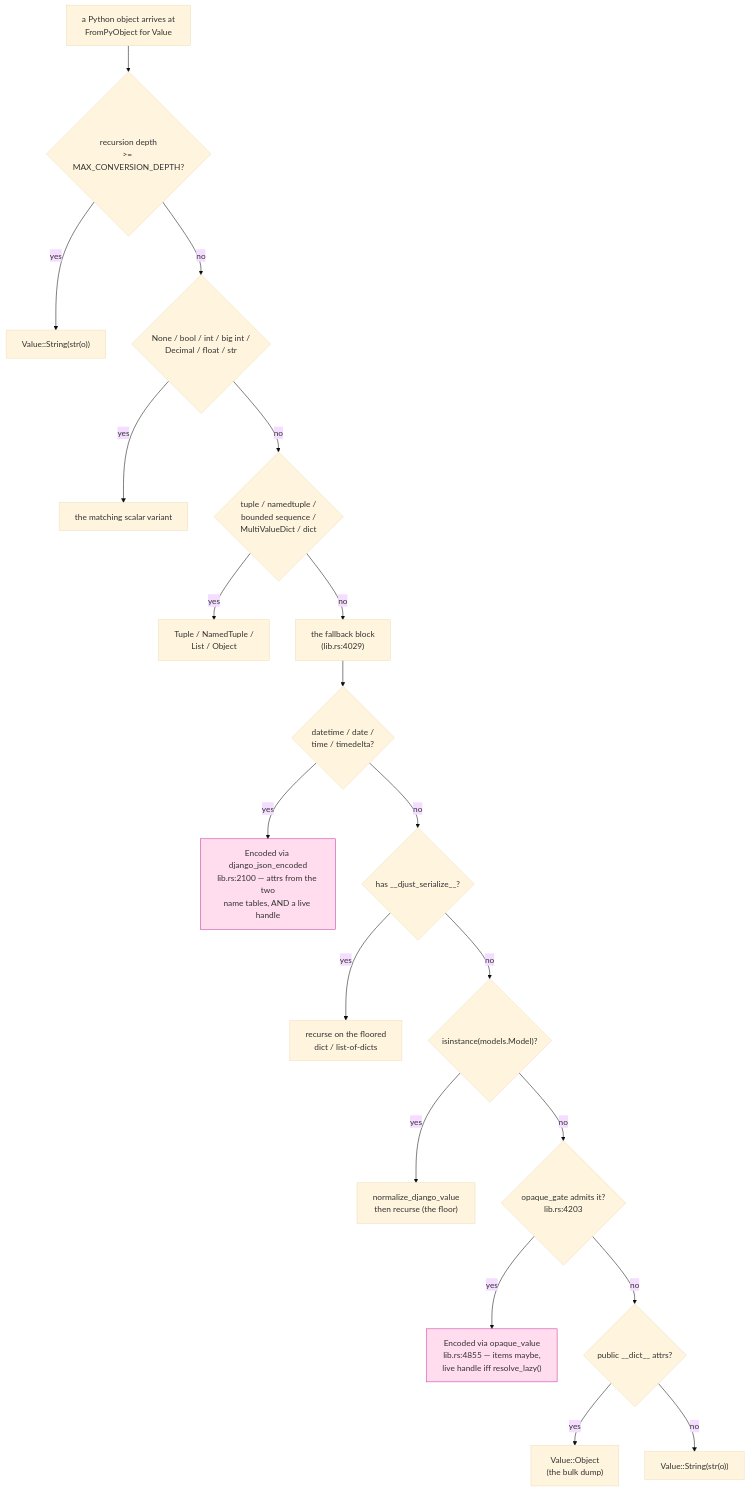
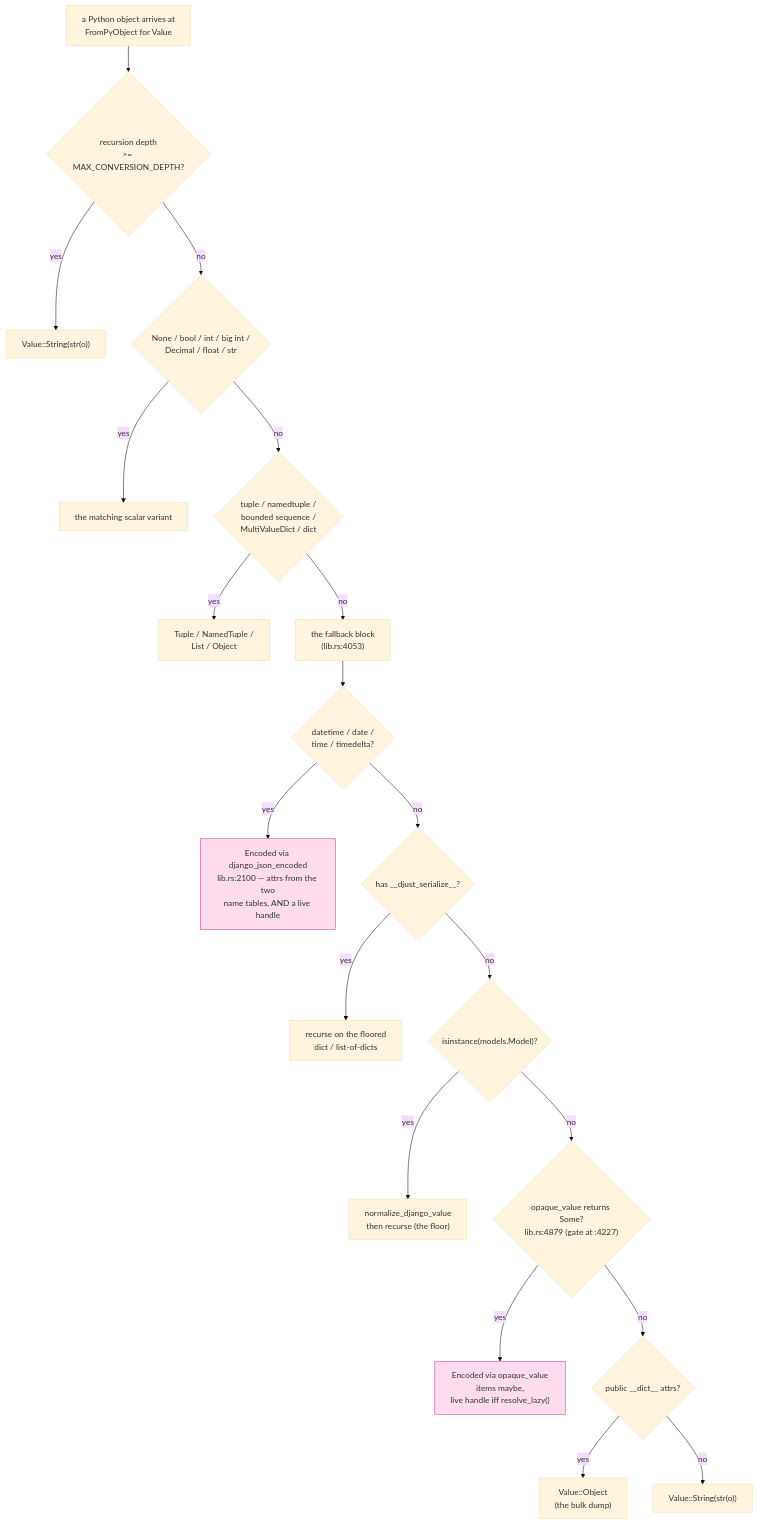
The second of 4 diagrams in docs/architecture/VALUE_BOUNDARY.md (djust-org/djust), drawn with Mermaid (base theme) before and after one commit. The commit also changed other lines of this file and 1 other file, not shown here.

````diff
--- a/docs/architecture/VALUE_BOUNDARY.md
+++ b/docs/architecture/VALUE_BOUNDARY.md
@@ -57,25 +62,25 @@
 ```mermaid
 flowchart TD
     S["a Python object arrives at<br/>FromPyObject for Value"] --> D0{"recursion depth<br/>>= MAX_CONVERSION_DEPTH?"}
     D0 -->|yes| STR["Value::String(str(o))"]
     D0 -->|no| D1{"None / bool / int / big int /<br/>Decimal / float / str"}
     D1 -->|yes| PRIM["the matching scalar variant"]
     D1 -->|no| D2{"tuple / namedtuple /<br/>bounded sequence /<br/>MultiValueDict / dict"}
     D2 -->|yes| CONT["Tuple / NamedTuple /<br/>List / Object"]
-    D2 -->|no| FB["the fallback block<br/>(lib.rs:4029)"]
+    D2 -->|no| FB["the fallback block<br/>(lib.rs:4053)"]
 
     FB --> F1{"datetime / date /<br/>time / timedelta?"}
     F1 -->|yes| ENC1["Encoded via django_json_encoded<br/>lib.rs:2100 — attrs from the two<br/>name tables, AND a live handle"]
     F1 -->|no| F2{"has __djust_serialize__?"}
     F2 -->|yes| SER["recurse on the floored<br/>dict / list-of-dicts"]
     F2 -->|no| F3{"isinstance(models.Model)?"}
     F3 -->|yes| MOD["normalize_django_value<br/>then recurse (the floor)"]
-    F3 -->|no| F4{"opaque_gate admits it?<br/>lib.rs:4203"}
-    F4 -->|yes| ENC2["Encoded via opaque_value<br/>lib.rs:4855 — items maybe,<br/>live handle iff resolve_lazy()"]
+    F3 -->|no| F4{"opaque_value returns Some?<br/>lib.rs:4879 (gate at :4227)"}
+    F4 -->|yes| ENC2["Encoded via opaque_value<br/>items maybe,<br/>live handle iff resolve_lazy()"]
     F4 -->|no| F5{"public __dict__ attrs?"}
     F5 -->|yes| OBJ["Value::Object<br/>(the bulk dump)"]
     F5 -->|no| STR2["Value::String(str(o))"]
 
     style ENC1 fill:#fde,stroke:#c39
     style ENC2 fill:#fde,stroke:#c39
 ```
````
